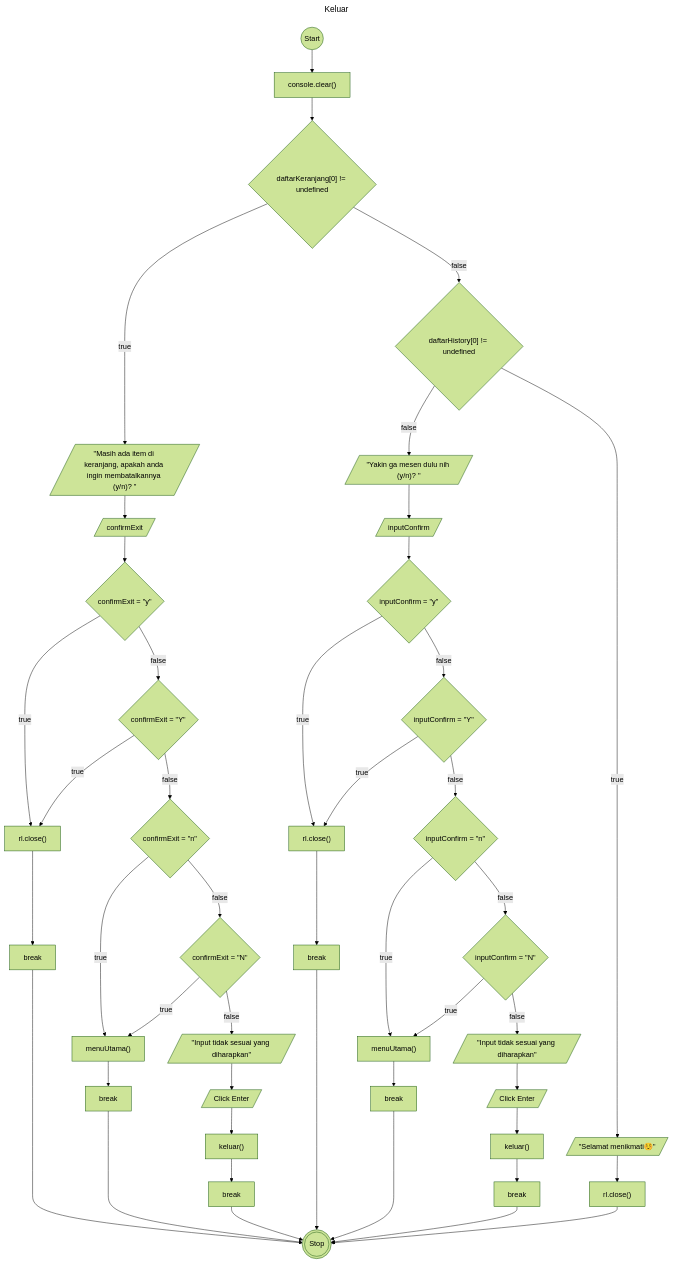
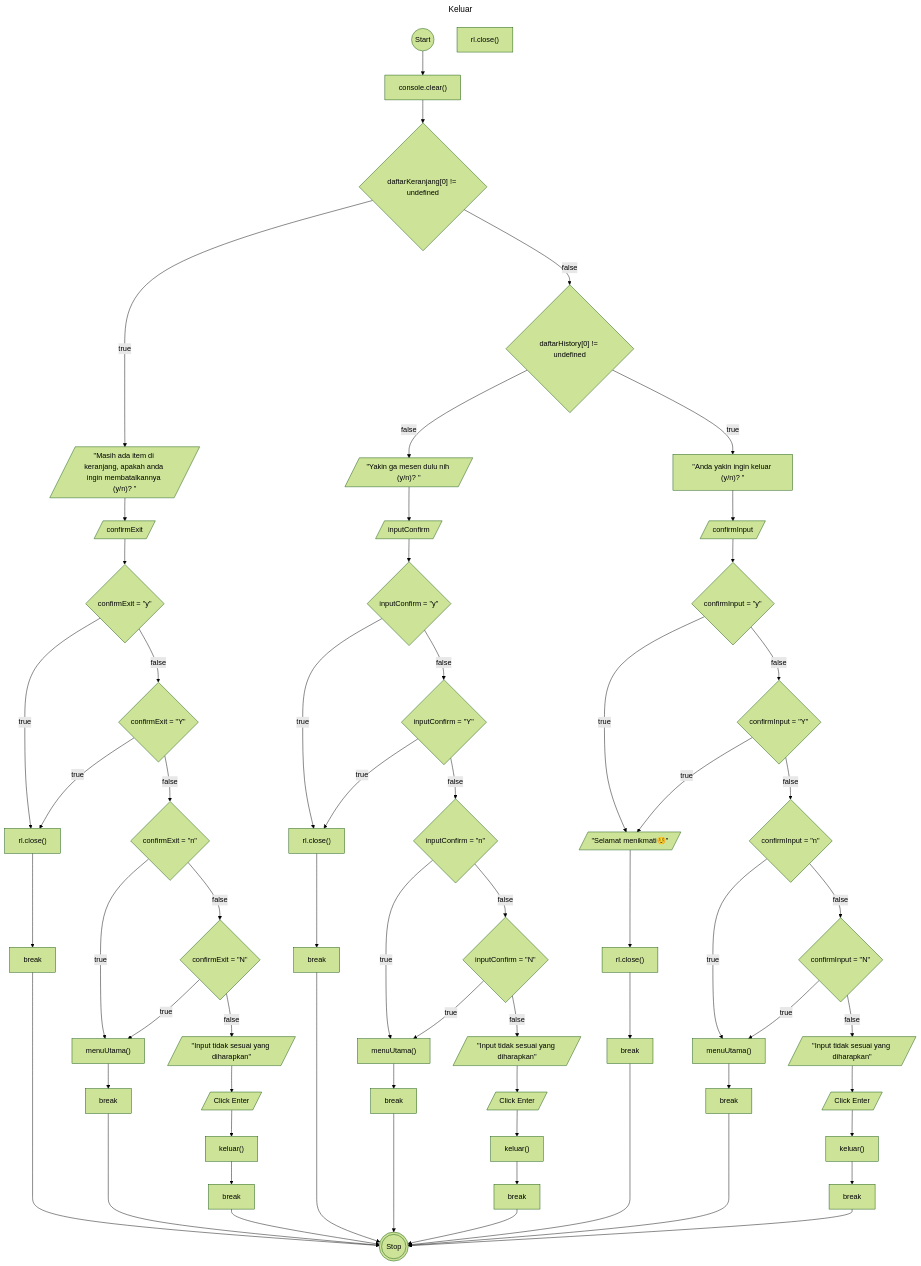
The diagram in flowchart-keluar.md (ItsnaMaulanaHasan/koda-b4-homework1), drawn with Mermaid (forest theme) before and after one commit. The commit also changed 1 other file, not shown here.

Commit message:
update program and flowchart

````diff
--- a/flowchart-keluar.md
+++ b/flowchart-keluar.md
@@ -34,6 +34,17 @@
     outputError2@{shape: lean-r, label: '"Input tidak sesuai yang diharapkan"'}
     inputKosong2@{shape: lean-r, label: Click Enter}
     callKeluar2@{shape: rect, label: "keluar()"}
+    decis11@{shape: diamond, label: confirmInput = "y"}
+    decis12@{shape: diamond, label: confirmInput = "Y"}
+    decis13@{shape: diamond, label: confirmInput = "n"}
+    decis14@{shape: diamond, label: confirmInput = "N"}
+    close4@{shape: rect, label: "rl.close()"}
+    callMenuUtama3@{shape: rect, label: "menuUtama()"}
+    outputError3@{shape: lean-r, label: '"Input tidak sesuai yang diharapkan"'}
+    inputKosong3@{shape: lean-r, label: Click Enter}
+    callKeluar3@{shape: rect, label: "keluar()"}
+    outputConfirmInput@{shpae: lean-r, label: '"Anda yakin ingin keluar (y/n)? "'}
+    inputConfirmInput@{shape: lean-r, label: confirmInput}
 
     break1@{shape: rect, label: break}
     break2@{shape: rect, label: break}
@@ -41,13 +52,20 @@
     break4@{shape: rect, label: break}
     break5@{shape: rect, label: break}
     break6@{shape: rect, label: break}
+    break7@{shape: rect, label: break}
+    break8@{shape: rect, label: break}
+    break9@{shape: rect, label: break}
 
     start --> consoleClear --> decis1 -- true --> ouputAdaKeranjang --> confirmExit --> decis3 -- true --> close1 --> break1
     decis3 -- false --> decis4 -- true --> close1
     decis4 -- false --> decis5 -- true --> callMenuUtama1 --> break2
     decis5 -- false --> decis6 -- true --> callMenuUtama1
     decis6 -- false --> outputError1 --> inputKosong1 --> callKeluar1 --> break3 
-    decis1 -- false --> decis2 -- true --> ouputAdaHistory --> close2
+    decis1 -- false --> decis2 -- true --> outputConfirmInput --> inputConfirmInput --> decis11 -- true --> ouputAdaHistory --> close2 --> break7
+    decis11 -- false --> decis12 -- true -->  ouputAdaHistory
+    decis12 -- false --> decis13 -- true --> callMenuUtama3 --> break8
+    decis13 -- false --> decis14 -- true --> callMenuUtama3
+    decis14 -- false --> outputError3 --> inputKosong3 --> callKeluar3 --> break9
     decis2 -- false --> outputConfirm --> inputConfirm --> decis7 -- true --> close3 --> break4
     decis7 -- false --> decis8 -- true --> close3
     decis8 -- false --> decis9 -- true --> callMenuUtama2 --> break5
@@ -61,6 +79,8 @@
     break4 --> stop
     break5 --> stop
     break6 --> stop
-    close2 --> stop
+    break7 --> stop
+    break8 --> stop
+    break9 --> stop
 
 ```
````
